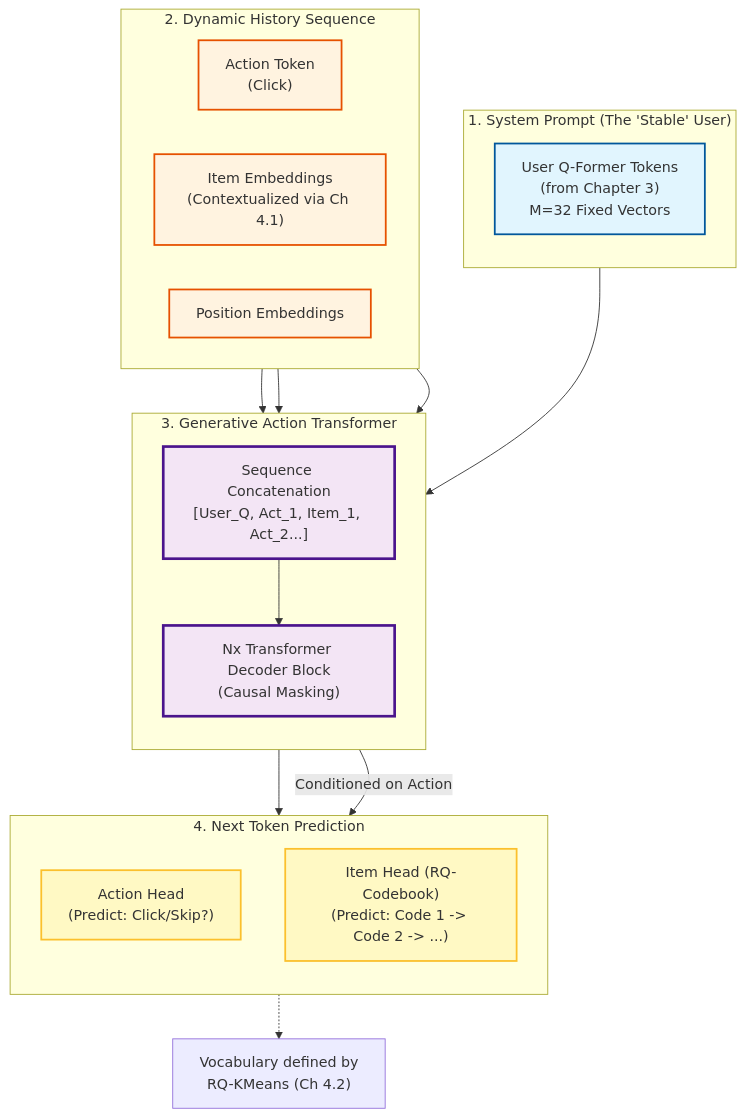
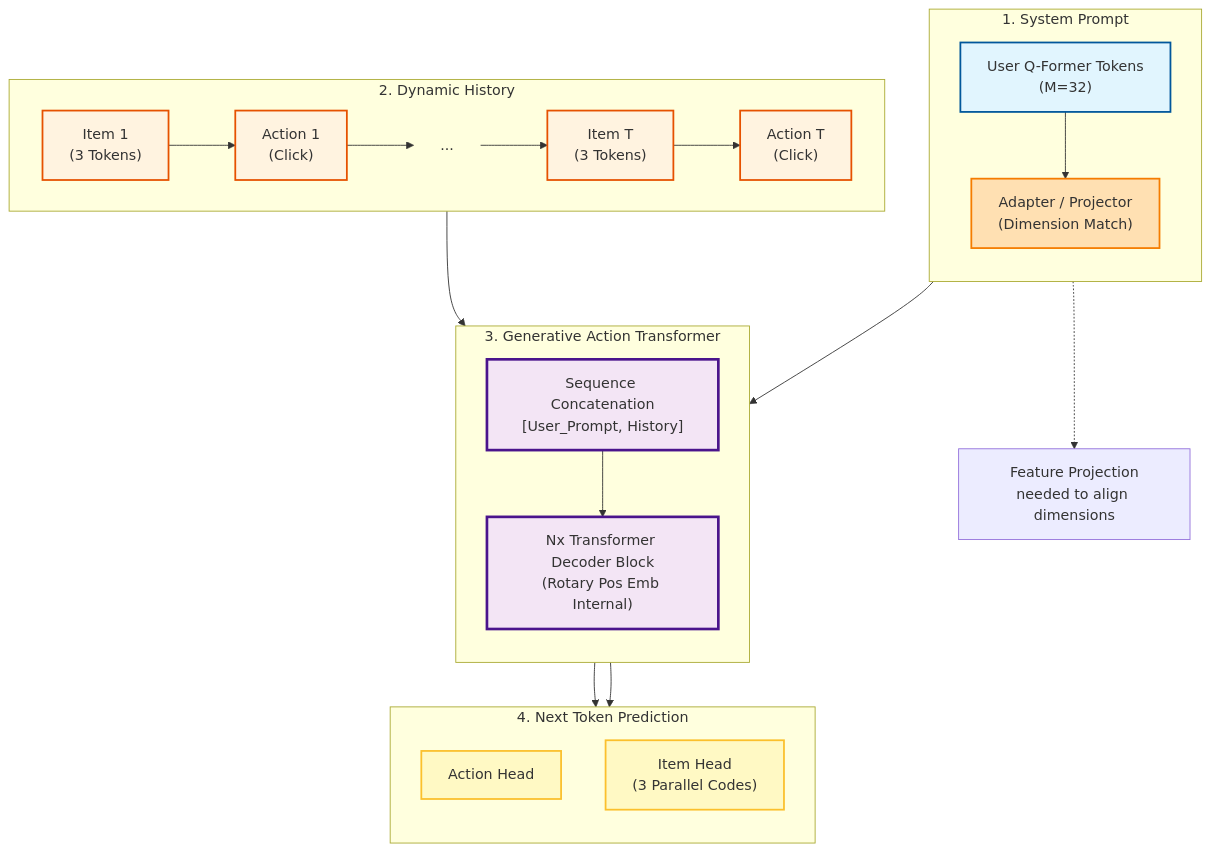
The sixth of 6 diagrams in doc.markdown (Jack31098/user_modeling_design), drawn with Mermaid before and after one commit. The commit also changed other lines of this file, not shown here.

Commit message:
reformat

````diff
--- a/doc.markdown
+++ b/doc.markdown
@@ -747,51 +749,57 @@
 ```mermaid
 graph TB
     %% ============ Styles ============
     classDef context_block fill:#e1f5fe,stroke:#01579b,stroke-width:2px;
+    classDef projector_block fill:#ffe0b2,stroke:#f57c00,stroke-width:2px;
     classDef seq_block fill:#fff3e0,stroke:#e65100,stroke-width:2px;
     classDef transformer_block fill:#f3e5f5,stroke:#4a148c,stroke-width:3px;
     classDef output_head fill:#fff9c4,stroke:#fbc02d,stroke-width:2px;
-    classDef flow_arrow stroke-width:2px,stroke:#333;
+    classDef ghost fill:none,stroke:none;
 
-    %% ============ 1. THE CONTEXT (From Ch.3) ============
-    subgraph Context ["1. System Prompt (The 'Stable' User)"]
+    %% ============ 1. THE CONTEXT ============
+    subgraph Context ["1. System Prompt"]
         direction TB
-        UserQ["User Q-Former Tokens<br/>(from Chapter 3)<br/>M=32 Fixed Vectors"]:::context_block
+        UserQ["User Q-Former Tokens<br/>(M=32)"]:::context_block
+        Projector["Adapter / Projector<br/>(Dimension Match)"]:::projector_block
+        
+        UserQ --> Projector
     end
 
-    %% ============ 2. THE INPUT SEQUENCE (From Ch.4.1) ============
-    subgraph Input_Stream ["2. Dynamic History Sequence"]
+    %% ============ 2. THE INPUT SEQUENCE ============
+    subgraph Input_Stream ["2. Dynamic History"]
         direction LR
-        Hist_Action["Action Token<br/>(Click)"]:::seq_block
-        Hist_Item["Item Embeddings<br/>(Contextualized via Ch 4.1)"]:::seq_block
-        Pos_Emb["Position Embeddings"]:::seq_block
+        I1["Item 1<br/>(3 Tokens)"]:::seq_block
+        A1["Action 1<br/>(Click)"]:::seq_block
+        Dots["..."]:::ghost
+        IT["Item T<br/>(3 Tokens)"]:::seq_block
+        AT["Action T<br/>(Click)"]:::seq_block
+        
+        I1 --> A1 --> Dots --> IT --> AT
     end
 
-    %% ============ 3. THE BRAIN (The Generator) ============
+    %% ============ 3. THE BRAIN ============
     subgraph Transformer ["3. Generative Action Transformer"]
         direction TB
-        Concat_Layer["Sequence Concatenation<br/>[User_Q, Act_1, Item_1, Act_2...]"]:::transformer_block
-        Decoder_Layers["Nx Transformer Decoder Block<br/>(Causal Masking)"]:::transformer_block
+        Concat_Layer["Sequence Concatenation<br/>[User_Prompt, History]"]:::transformer_block
+        Decoder_Layers["Nx Transformer Decoder Block<br/>(Rotary Pos Emb Internal)"]:::transformer_block
     end
 
-    %% ============ 4. THE OUTPUT (From Ch.4.2) ============
+    %% ============ 4. OUTPUT ============
     subgraph Predictions ["4. Next Token Prediction"]
         direction TB
-        Head_Action["Action Head<br/>(Predict: Click/Skip?)"]:::output_head
-        Head_Item["Item Head (RQ-Codebook)<br/>(Predict: Code 1 -> Code 2 -> ...)"]:::output_head
+        Head_Action["Action Head"]:::output_head
+        Head_Item["Item Head<br/>(3 Parallel Codes)"]:::output_head
     end
 
     %% ============ Connections ============
-    UserQ --> Concat_Layer
-    Hist_Action --> Concat_Layer
-    Hist_Item --> Concat_Layer
-    Pos_Emb --> Concat_Layer
+    Projector --> Concat_Layer
+    AT --> Concat_Layer
     
     Concat_Layer --> Decoder_Layers
     Decoder_Layers --> Head_Action
-    Decoder_Layers -- "Conditioned on Action" --> Head_Item
+    Decoder_Layers --> Head_Item
 
     %% ============ Annotations ============
-    note_vocab["Vocabulary defined by<br/>RQ-KMeans (Ch 4.2)"]
-    Head_Item -.-> note_vocab
+    note_proj["Feature Projection<br/>needed to align dimensions"]
+    Projector -.-> note_proj
 ```
````
